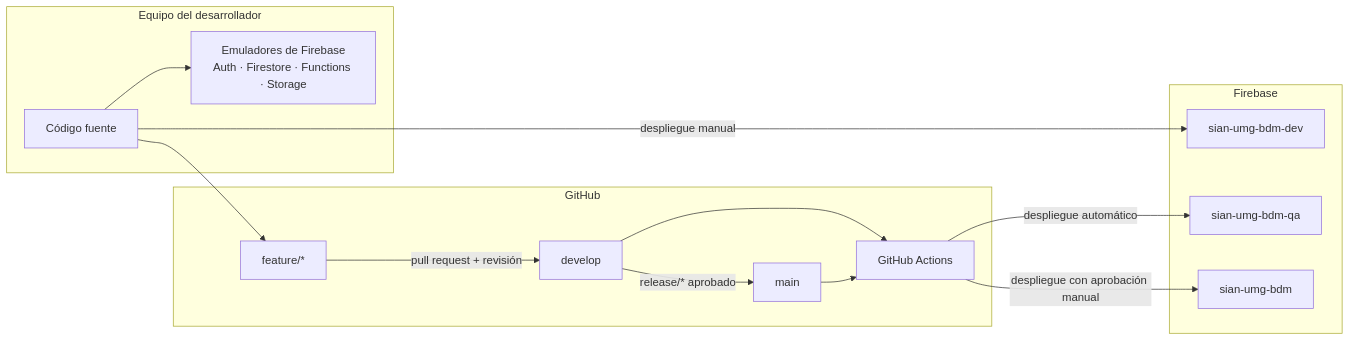
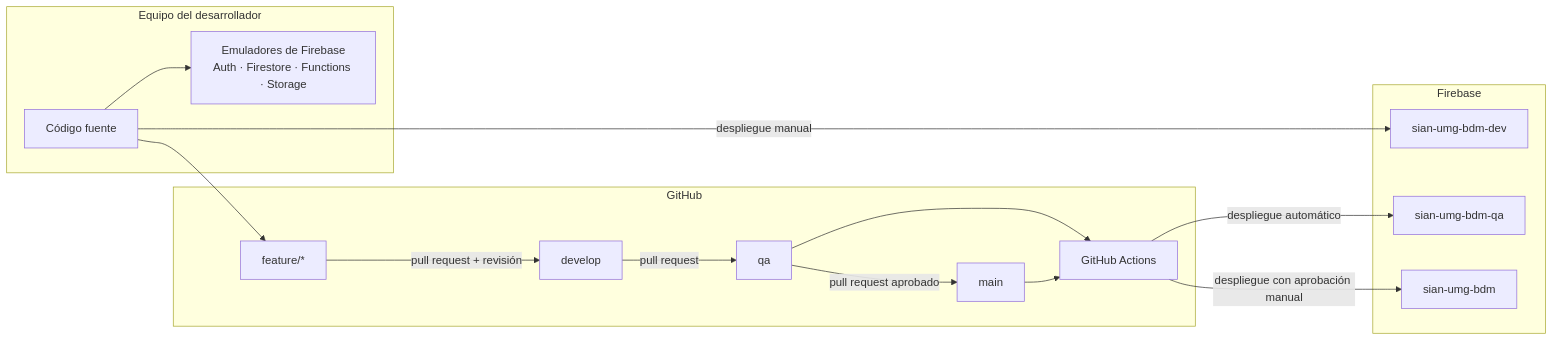
One commit to eurizara/sian-notificaciones-catedraticos changed the fifth of 5 diagrams in docs/02-arquitectura-y-diseno.md. Above: the diagram before and after it, drawn with Mermaid. The commit also changed other lines of this file and 3 other files, not shown here.

````diff
--- a/docs/02-arquitectura-y-diseno.md
+++ b/docs/02-arquitectura-y-diseno.md
@@ -560,28 +560,30 @@
 ```mermaid
 flowchart LR
     subgraph Local["Equipo del desarrollador"]
         EMU["Emuladores de Firebase<br/>Auth · Firestore · Functions · Storage"]
         CODE["Código fuente"]
     end
     subgraph GH["GitHub"]
         FEAT["feature/*"]
         DEV["develop"]
+        QAB["qa"]
         MAIN["main"]
         CI["GitHub Actions"]
     end
     subgraph FB["Firebase"]
         D["sian-umg-bdm-dev"]
         Q["sian-umg-bdm-qa"]
         PR["sian-umg-bdm"]
     end
 
     CODE --> EMU
     CODE --> FEAT
     FEAT -->|"pull request + revisión"| DEV
-    DEV -->|"release/* aprobado"| MAIN
-    DEV --> CI
+    DEV -->|"pull request"| QAB
+    QAB -->|"pull request aprobado"| MAIN
+    QAB --> CI
     MAIN --> CI
     CI -->|"despliegue automático"| Q
     CI -->|"despliegue con aprobación manual"| PR
     CODE -->|"despliegue manual"| D
 ```
````
